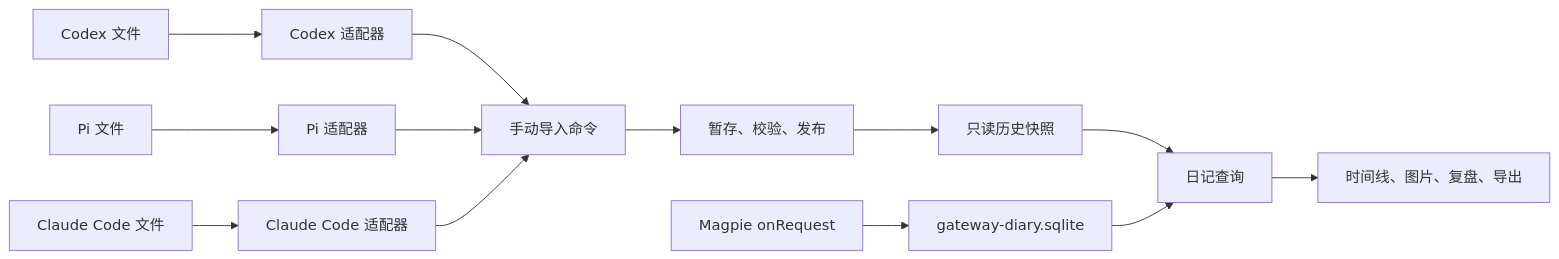
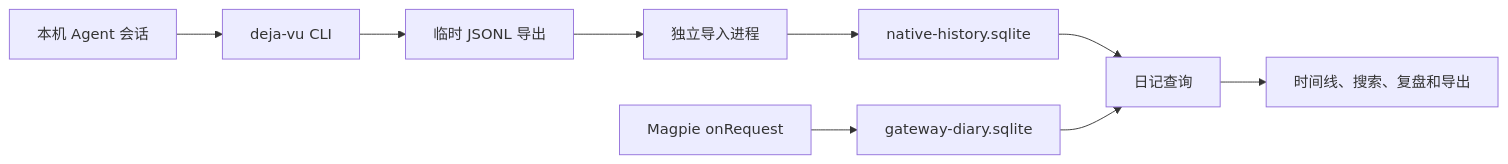
Before and after one commit to ChenWoChong/mag-review: the diagram in docs/native-history-import.md, drawn with Mermaid. The commit also changed other lines of this file and 16 other files, not shown here.

Commit message:
feat(diary): import local agent history with deja-vu

````diff
--- a/docs/native-history-import.md
+++ b/docs/native-history-import.md
@@ -20,15 +5,11 @@
 ```mermaid
 flowchart LR
-    C[Codex 文件] --> CA[Codex 适配器]
-    P[Pi 文件] --> PA[Pi 适配器]
-    A[Claude Code 文件] --> AA[Claude Code 适配器]
-    CA --> J[手动导入命令]
-    PA --> J
-    AA --> J
-    J --> T[暂存、校验、发布]
-    T --> H[只读历史快照]
+    A[本机 Agent 会话] --> D[deja-vu CLI]
+    D --> E[临时 JSONL 导出]
+    E --> I[独立导入进程]
+    I --> H[native-history.sqlite]
     G[Magpie onRequest] --> L[gateway-diary.sqlite]
     H --> R[日记查询]
     L --> R
-    R --> V[时间线、图片、复盘、导出]
+    R --> V[时间线、搜索、复盘和导出]
 ```
````
